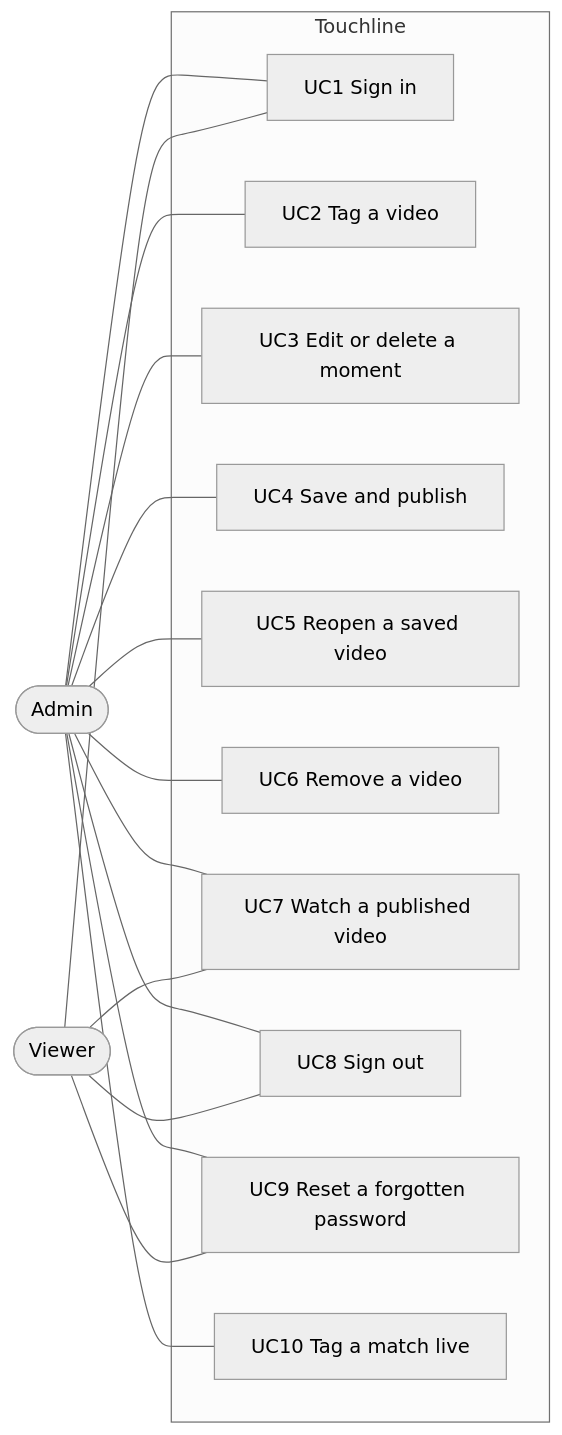
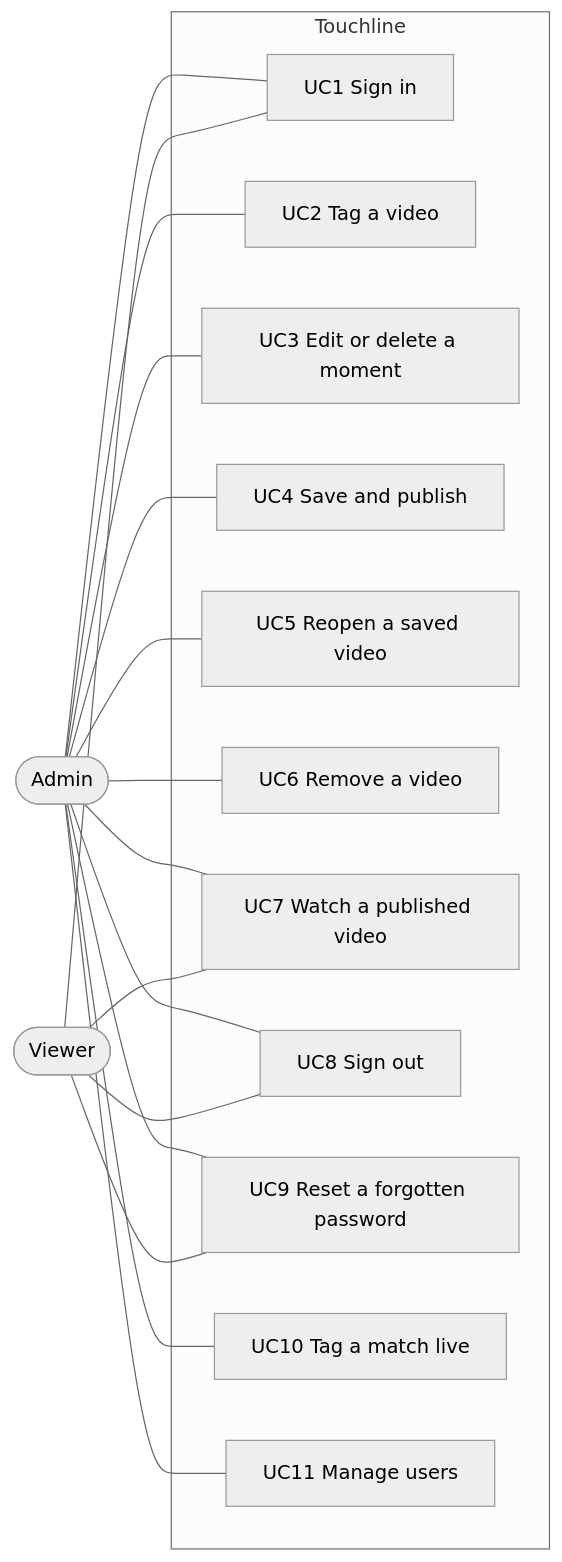
One commit to LeandroBerretta/touchline-video-tagging changed the first of 16 diagrams in docs/USE_CASE_FLOWS.md. Above: the diagram before and after it, drawn with Mermaid (neutral theme). The commit also changed other lines of this file and 12 other files, not shown here.

First line of the commit message:
Add a Users tab for admins to manage accounts

````diff
--- a/docs/USE_CASE_FLOWS.md
+++ b/docs/USE_CASE_FLOWS.md
@@ -17,19 +17,20 @@
 ```mermaid
 flowchart LR
   admin([Admin])
   viewer([Viewer])
   subgraph Touchline
     UC1[UC1 Sign in]
     UC2[UC2 Tag a video]
     UC3[UC3 Edit or delete a moment]
     UC4[UC4 Save and publish]
     UC5[UC5 Reopen a saved video]
     UC6[UC6 Remove a video]
     UC7[UC7 Watch a published video]
     UC8[UC8 Sign out]
     UC9[UC9 Reset a forgotten password]
     UC10[UC10 Tag a match live]
+    UC11[UC11 Manage users]
   end
-  admin --- UC1 & UC2 & UC3 & UC4 & UC5 & UC6 & UC7 & UC8 & UC9 & UC10
+  admin --- UC1 & UC2 & UC3 & UC4 & UC5 & UC6 & UC7 & UC8 & UC9 & UC10 & UC11
   viewer --- UC1 & UC7 & UC8 & UC9
 ```
````
